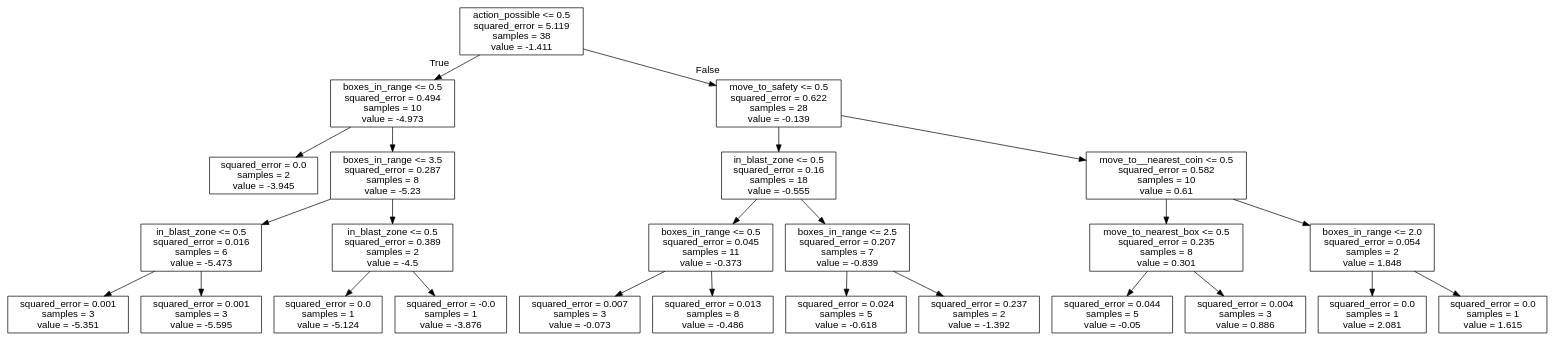
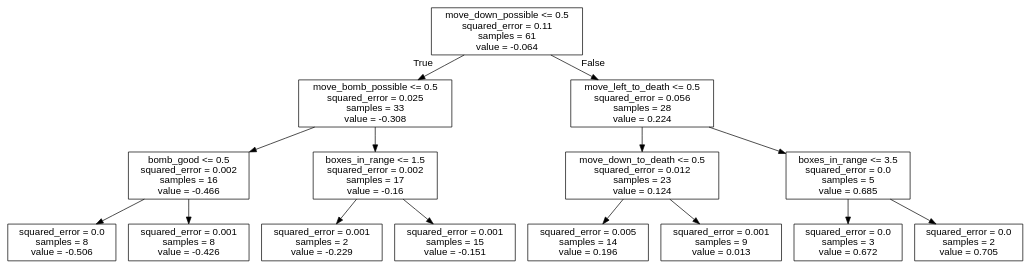
The diagram in bomberman_rl/agent_code/my_agent/trees/DOWN.dot (J-Gann/FML), drawn with Graphviz before and after one commit. The commit also changed 13 other files, not shown here.

```diff
--- a/bomberman_rl/agent_code/my_agent/trees/DOWN.dot
+++ b/bomberman_rl/agent_code/my_agent/trees/DOWN.dot
@@ -1,53 +1,33 @@
 digraph Tree {
 node [shape=box, fontname="helvetica"] ;
 edge [fontname="helvetica"] ;
-0 [label="action_possible <= 0.5\nsquared_error = 5.119\nsamples = 38\nvalue = -1.411"] ;
-1 [label="boxes_in_range <= 0.5\nsquared_error = 0.494\nsamples = 10\nvalue = -4.973"] ;
+0 [label="move_down_possible <= 0.5\nsquared_error = 0.11\nsamples = 61\nvalue = -0.064"] ;
+1 [label="move_bomb_possible <= 0.5\nsquared_error = 0.025\nsamples = 33\nvalue = -0.308"] ;
 0 -> 1 [labeldistance=2.5, labelangle=45, headlabel="True"] ;
-2 [label="squared_error = 0.0\nsamples = 2\nvalue = -3.945"] ;
+2 [label="bomb_good <= 0.5\nsquared_error = 0.002\nsamples = 16\nvalue = -0.466"] ;
 1 -> 2 ;
-3 [label="boxes_in_range <= 3.5\nsquared_error = 0.287\nsamples = 8\nvalue = -5.23"] ;
-1 -> 3 ;
-4 [label="in_blast_zone <= 0.5\nsquared_error = 0.016\nsamples = 6\nvalue = -5.473"] ;
-3 -> 4 ;
-5 [label="squared_error = 0.001\nsamples = 3\nvalue = -5.351"] ;
-4 -> 5 ;
-6 [label="squared_error = 0.001\nsamples = 3\nvalue = -5.595"] ;
-4 -> 6 ;
-7 [label="in_blast_zone <= 0.5\nsquared_error = 0.389\nsamples = 2\nvalue = -4.5"] ;
-3 -> 7 ;
-8 [label="squared_error = 0.0\nsamples = 1\nvalue = -5.124"] ;
-7 -> 8 ;
-9 [label="squared_error = -0.0\nsamples = 1\nvalue = -3.876"] ;
-7 -> 9 ;
-10 [label="move_to_safety <= 0.5\nsquared_error = 0.622\nsamples = 28\nvalue = -0.139"] ;
-0 -> 10 [labeldistance=2.5, labelangle=-45, headlabel="False"] ;
-11 [label="in_blast_zone <= 0.5\nsquared_error = 0.16\nsamples = 18\nvalue = -0.555"] ;
-10 -> 11 ;
-12 [label="boxes_in_range <= 0.5\nsquared_error = 0.045\nsamples = 11\nvalue = -0.373"] ;
-11 -> 12 ;
-13 [label="squared_error = 0.007\nsamples = 3\nvalue = -0.073"] ;
+3 [label="squared_error = 0.0\nsamples = 8\nvalue = -0.506"] ;
+2 -> 3 ;
+4 [label="squared_error = 0.001\nsamples = 8\nvalue = -0.426"] ;
+2 -> 4 ;
+5 [label="boxes_in_range <= 1.5\nsquared_error = 0.002\nsamples = 17\nvalue = -0.16"] ;
+1 -> 5 ;
+6 [label="squared_error = 0.001\nsamples = 2\nvalue = -0.229"] ;
+5 -> 6 ;
+7 [label="squared_error = 0.001\nsamples = 15\nvalue = -0.151"] ;
+5 -> 7 ;
+8 [label="move_left_to_death <= 0.5\nsquared_error = 0.056\nsamples = 28\nvalue = 0.224"] ;
+0 -> 8 [labeldistance=2.5, labelangle=-45, headlabel="False"] ;
+9 [label="move_down_to_death <= 0.5\nsquared_error = 0.012\nsamples = 23\nvalue = 0.124"] ;
+8 -> 9 ;
+10 [label="squared_error = 0.005\nsamples = 14\nvalue = 0.196"] ;
+9 -> 10 ;
+11 [label="squared_error = 0.001\nsamples = 9\nvalue = 0.013"] ;
+9 -> 11 ;
+12 [label="boxes_in_range <= 3.5\nsquared_error = 0.0\nsamples = 5\nvalue = 0.685"] ;
+8 -> 12 ;
+13 [label="squared_error = 0.0\nsamples = 3\nvalue = 0.672"] ;
 12 -> 13 ;
-14 [label="squared_error = 0.013\nsamples = 8\nvalue = -0.486"] ;
+14 [label="squared_error = 0.0\nsamples = 2\nvalue = 0.705"] ;
 12 -> 14 ;
-15 [label="boxes_in_range <= 2.5\nsquared_error = 0.207\nsamples = 7\nvalue = -0.839"] ;
-11 -> 15 ;
-16 [label="squared_error = 0.024\nsamples = 5\nvalue = -0.618"] ;
-15 -> 16 ;
-17 [label="squared_error = 0.237\nsamples = 2\nvalue = -1.392"] ;
-15 -> 17 ;
-18 [label="move_to__nearest_coin <= 0.5\nsquared_error = 0.582\nsamples = 10\nvalue = 0.61"] ;
-10 -> 18 ;
-19 [label="move_to_nearest_box <= 0.5\nsquared_error = 0.235\nsamples = 8\nvalue = 0.301"] ;
-18 -> 19 ;
-20 [label="squared_error = 0.044\nsamples = 5\nvalue = -0.05"] ;
-19 -> 20 ;
-21 [label="squared_error = 0.004\nsamples = 3\nvalue = 0.886"] ;
-19 -> 21 ;
-22 [label="boxes_in_range <= 2.0\nsquared_error = 0.054\nsamples = 2\nvalue = 1.848"] ;
-18 -> 22 ;
-23 [label="squared_error = 0.0\nsamples = 1\nvalue = 2.081"] ;
-22 -> 23 ;
-24 [label="squared_error = 0.0\nsamples = 1\nvalue = 1.615"] ;
-22 -> 24 ;
 }
```
